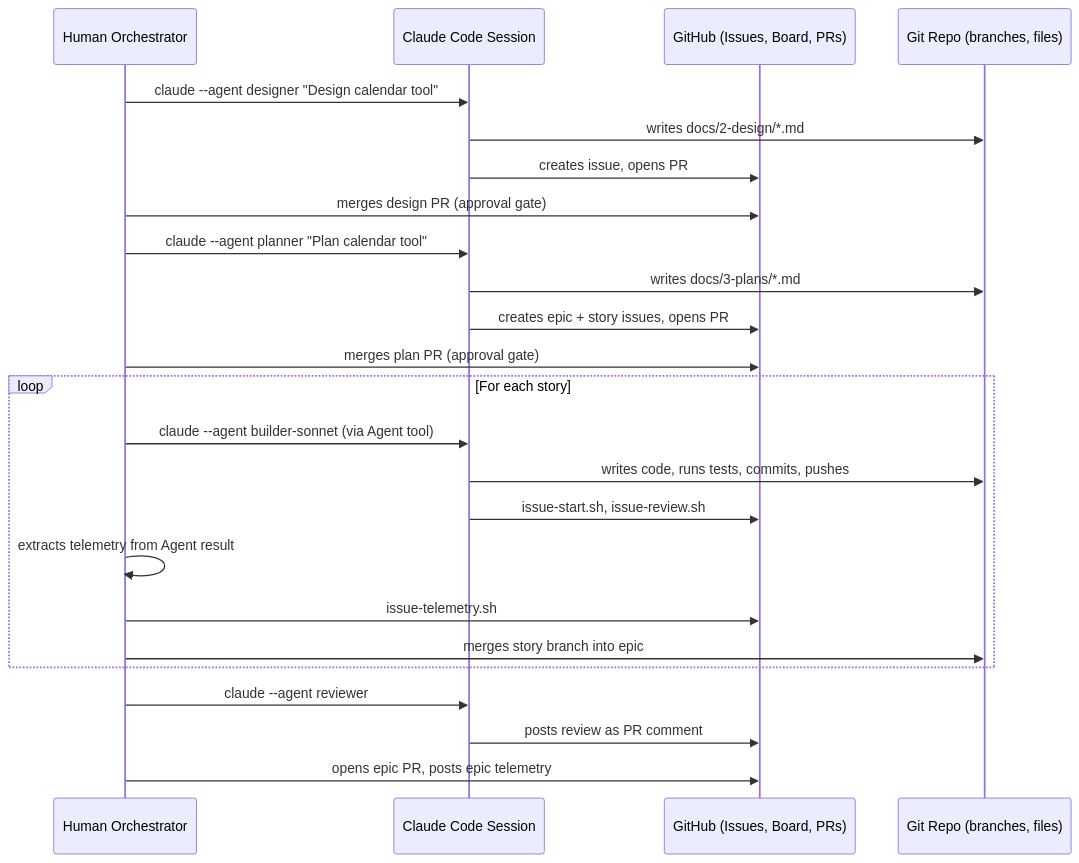
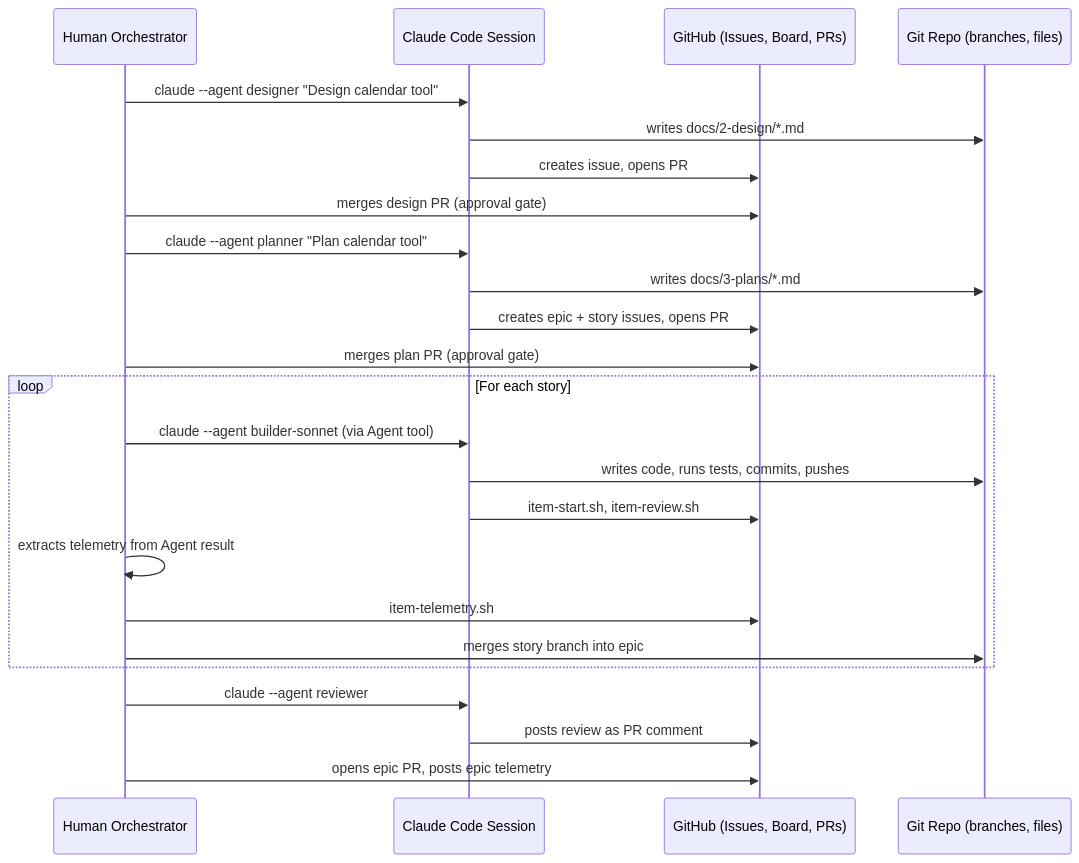
One commit to carlosboeing/agentic-sdlc-workflow changed the first of 4 diagrams in docs/2-design/2026-03-09-agentic-sdlc-v2-design.md. Above: the diagram before and after it, drawn with Mermaid. The commit also changed other lines of this file and 154 other files, not shown here.

First line of the commit message:
Gantt Chart Readability: Story Code Regression and Work Timeline Mode (#255)

````diff
--- a/docs/2-design/2026-03-09-agentic-sdlc-v2-design.md
+++ b/docs/2-design/2026-03-09-agentic-sdlc-v2-design.md
@@ -35,30 +35,30 @@
 ```mermaid
 sequenceDiagram
     participant Human as Human Orchestrator
     participant CC as Claude Code Session
     participant GH as GitHub (Issues, Board, PRs)
     participant Repo as Git Repo (branches, files)
 
     Human->>CC: claude --agent designer "Design calendar tool"
     CC->>Repo: writes docs/2-design/*.md
     CC->>GH: creates issue, opens PR
     Human->>GH: merges design PR (approval gate)
 
     Human->>CC: claude --agent planner "Plan calendar tool"
     CC->>Repo: writes docs/3-plans/*.md
     CC->>GH: creates epic + story issues, opens PR
     Human->>GH: merges plan PR (approval gate)
 
     loop For each story
         Human->>CC: claude --agent builder-sonnet (via Agent tool)
         CC->>Repo: writes code, runs tests, commits, pushes
-        CC->>GH: issue-start.sh, issue-review.sh
+        CC->>GH: item-start.sh, item-review.sh
         Human->>Human: extracts telemetry from Agent result
-        Human->>GH: issue-telemetry.sh
+        Human->>GH: item-telemetry.sh
         Human->>Repo: merges story branch into epic
     end
 
     Human->>CC: claude --agent reviewer
     CC->>GH: posts review as PR comment
     Human->>GH: opens epic PR, posts epic telemetry
 ```
````
